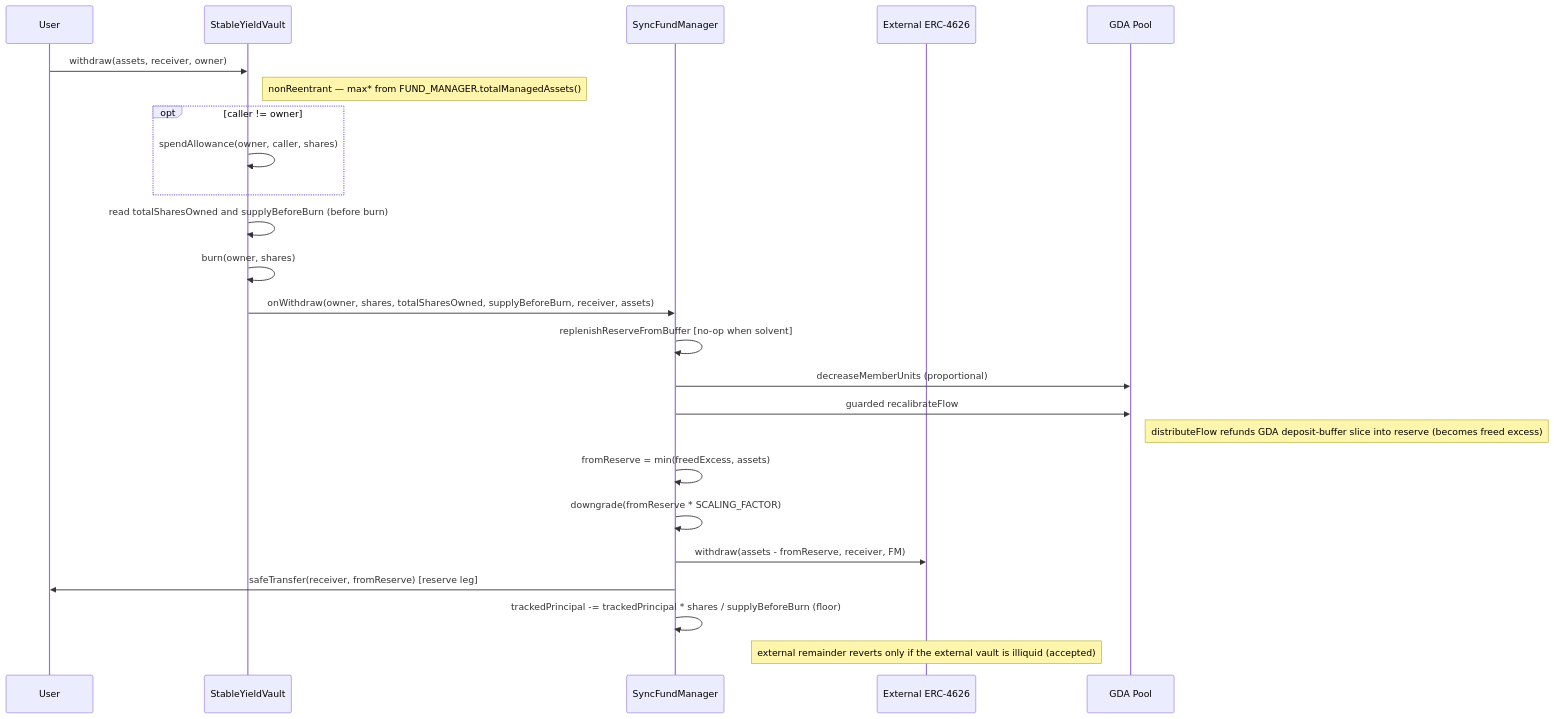
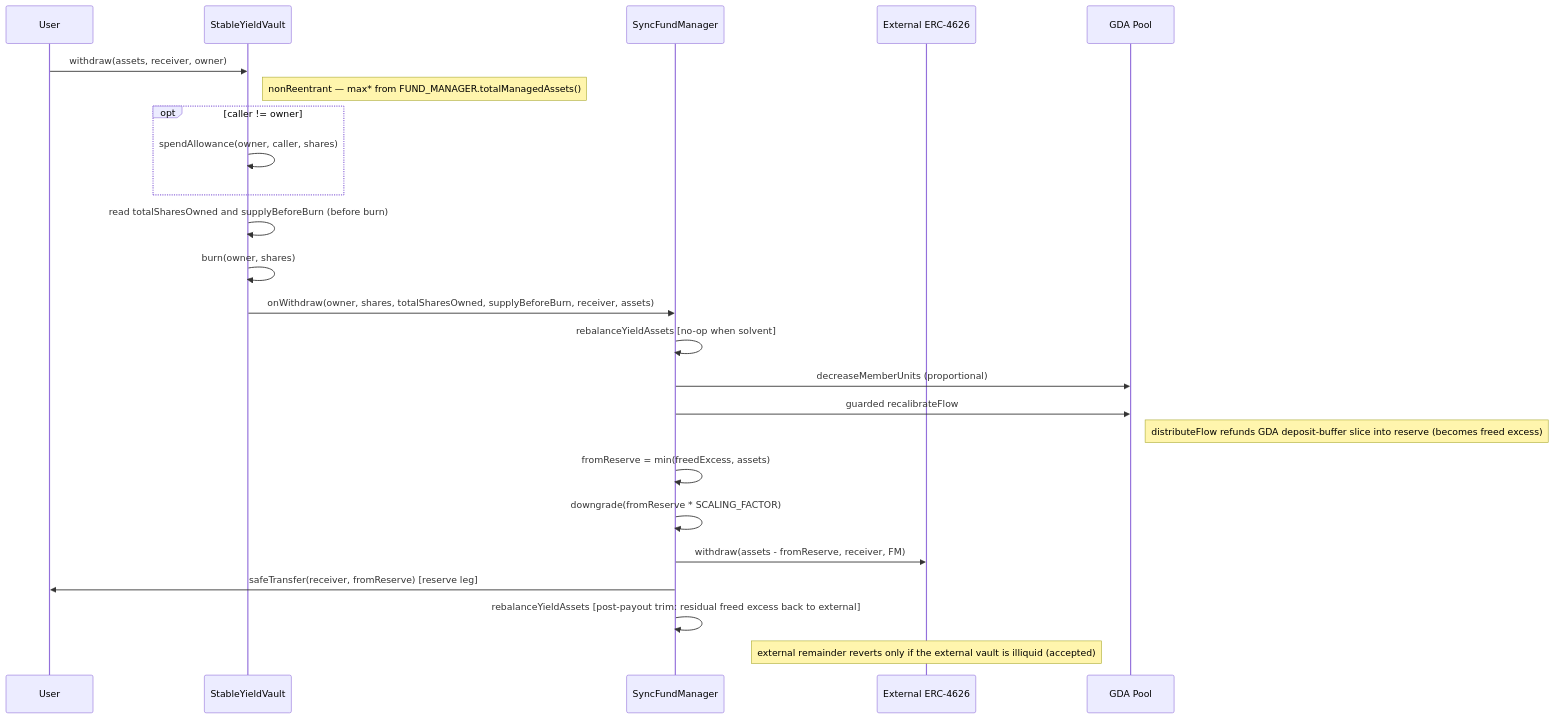
Before and after one commit to superfluid-org/stable-yield-vault: the diagram in docs/sync-vault/flow/withdraw-flow.md, drawn with Mermaid. The commit also changed other lines of this file and 4 other files, not shown here.

````diff
--- a/docs/sync-vault/flow/withdraw-flow.md
+++ b/docs/sync-vault/flow/withdraw-flow.md
@@ -32,27 +35,27 @@
 ```mermaid
 sequenceDiagram
     participant U as User
     participant V as StableYieldVault
     participant FM as SyncFundManager
     participant E as External ERC-4626
     participant POOL as GDA Pool
 
     U->>V: withdraw(assets, receiver, owner)
     Note right of V: nonReentrant — max* from FUND_MANAGER.totalManagedAssets()
     opt caller != owner
         V->>V: spendAllowance(owner, caller, shares)
     end
     V->>V: read totalSharesOwned and supplyBeforeBurn (before burn)
     V->>V: burn(owner, shares)
     V->>FM: onWithdraw(owner, shares, totalSharesOwned, supplyBeforeBurn, receiver, assets)
-    FM->>FM: replenishReserveFromBuffer [no-op when solvent]
+    FM->>FM: rebalanceYieldAssets [no-op when solvent]
     FM->>POOL: decreaseMemberUnits (proportional)
     FM->>POOL: guarded recalibrateFlow
     Note right of POOL: distributeFlow refunds GDA deposit-buffer slice into reserve (becomes freed excess)
     FM->>FM: fromReserve = min(freedExcess, assets)
     FM->>FM: downgrade(fromReserve * SCALING_FACTOR)
     FM->>E: withdraw(assets - fromReserve, receiver, FM)
     FM->>U: safeTransfer(receiver, fromReserve) [reserve leg]
-    FM->>FM: trackedPrincipal -= trackedPrincipal * shares / supplyBeforeBurn (floor)
+    FM->>FM: rebalanceYieldAssets [post-payout trim: residual freed excess back to external]
     Note over E: external remainder reverts only if the external vault is illiquid (accepted)
 ```
````
